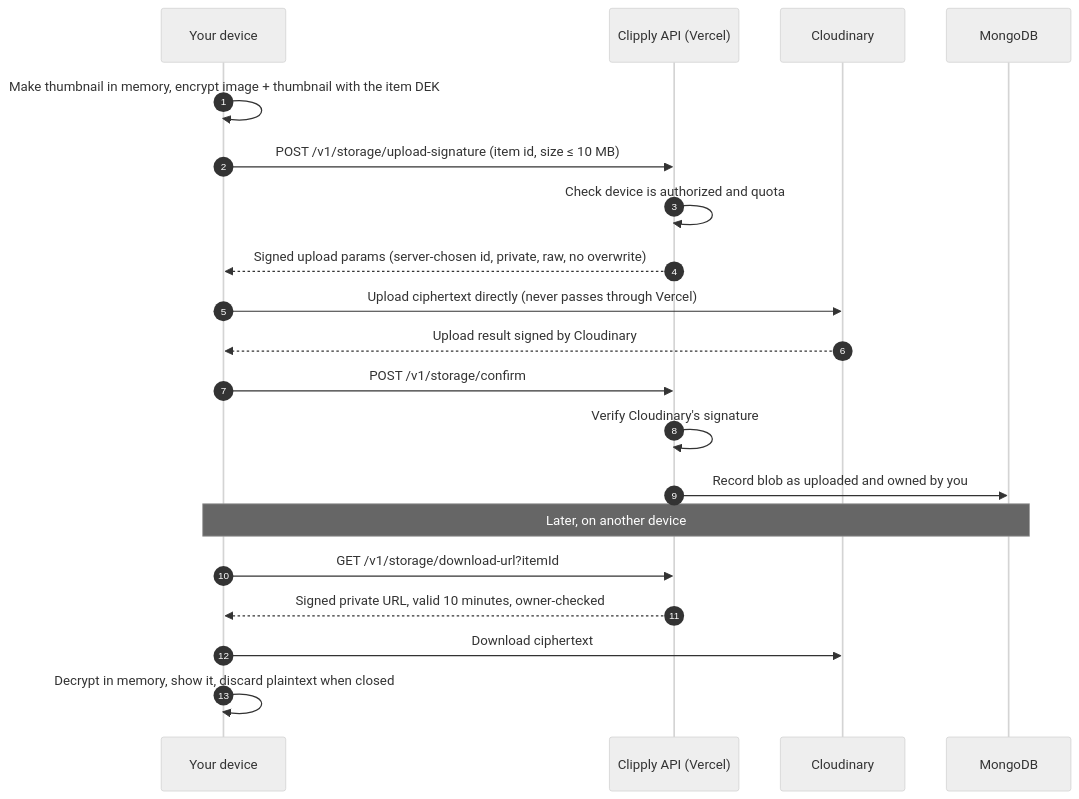
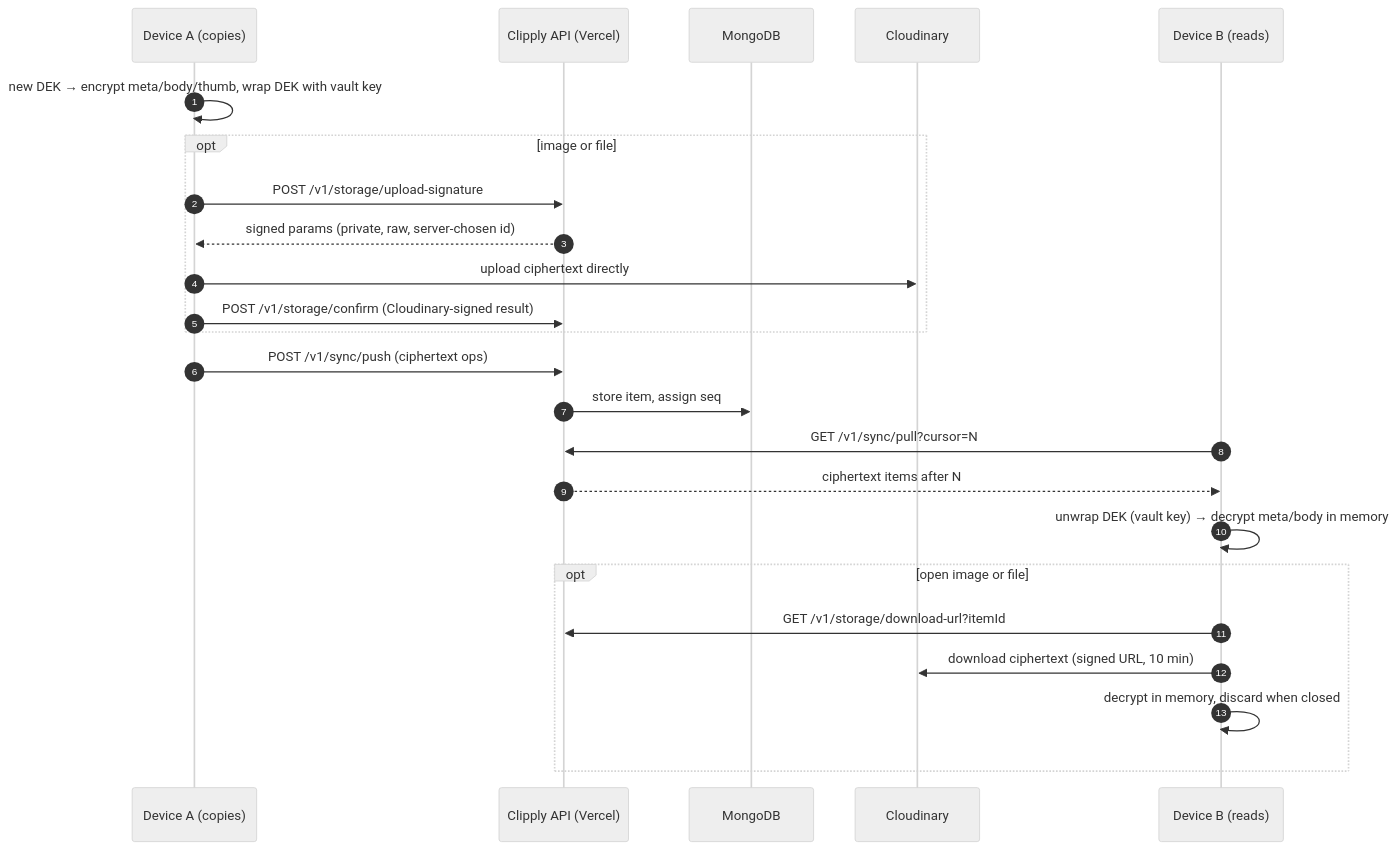
The fifth of 5 diagrams in README.md (Sharif-Minhaz/clipply), drawn with Mermaid (neutral theme) before and after one commit. The commit also changed other lines of this file and 29 other files, not shown here.

````diff
--- a/README.md
+++ b/README.md
@@ -210,22 +288,26 @@
 ```mermaid
 sequenceDiagram
     autonumber
-    participant D as Your device
-    participant A as Clipply API (Vercel)
+    participant A as Device A (copies)
+    participant API as Clipply API (Vercel)
+    participant M as MongoDB
     participant C as Cloudinary
-    participant M as MongoDB
-    D->>D: Make thumbnail in memory, encrypt image + thumbnail with the item DEK
-    D->>A: POST /v1/storage/upload-signature (item id, size ≤ 10 MB)
-    A->>A: Check device is authorized and quota
-    A-->>D: Signed upload params (server-chosen id, private, raw, no overwrite)
-    D->>C: Upload ciphertext directly (never passes through Vercel)
-    C-->>D: Upload result signed by Cloudinary
-    D->>A: POST /v1/storage/confirm
-    A->>A: Verify Cloudinary's signature
-    A->>M: Record blob as uploaded and owned by you
-    Note over D,M: Later, on another device
-    D->>A: GET /v1/storage/download-url?itemId
-    A-->>D: Signed private URL, valid 10 minutes, owner-checked
-    D->>C: Download ciphertext
-    D->>D: Decrypt in memory, show it, discard plaintext when closed
+    participant B as Device B (reads)
+    A->>A: new DEK → encrypt meta/body/thumb, wrap DEK with vault key
+    opt image or file
+        A->>API: POST /v1/storage/upload-signature
+        API-->>A: signed params (private, raw, server-chosen id)
+        A->>C: upload ciphertext directly
+        A->>API: POST /v1/storage/confirm (Cloudinary-signed result)
+    end
+    A->>API: POST /v1/sync/push (ciphertext ops)
+    API->>M: store item, assign seq
+    B->>API: GET /v1/sync/pull?cursor=N
+    API-->>B: ciphertext items after N
+    B->>B: unwrap DEK (vault key) → decrypt meta/body in memory
+    opt open image or file
+        B->>API: GET /v1/storage/download-url?itemId
+        B->>C: download ciphertext (signed URL, 10 min)
+        B->>B: decrypt in memory, discard when closed
+    end
 ```
````
